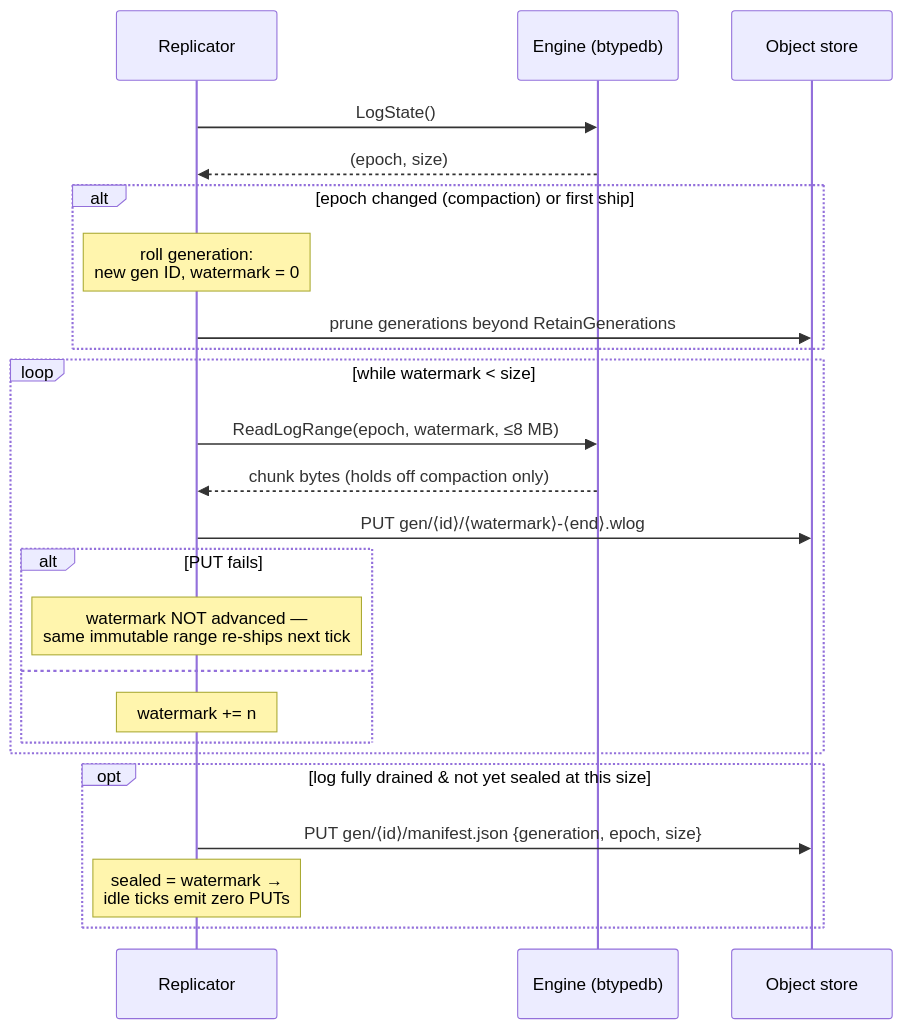
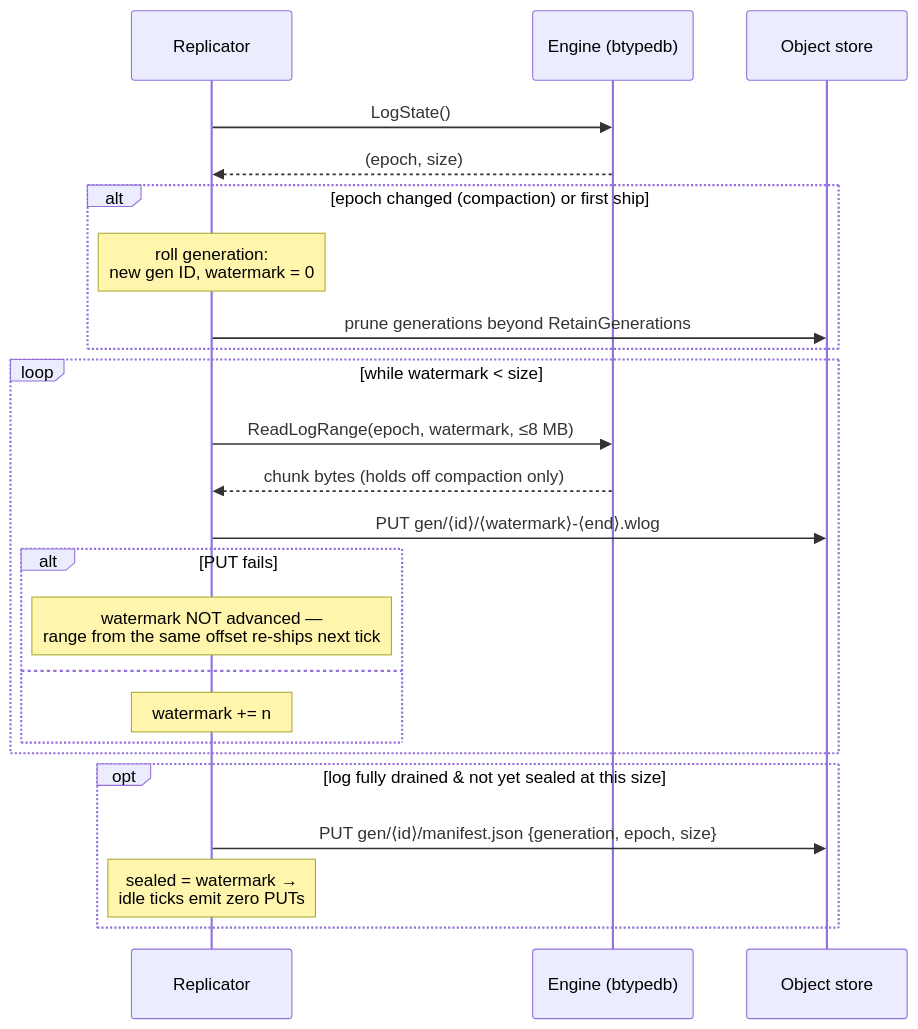
One commit to rohanthewiz/bytdb changed the second of 4 diagrams in docs/replication.md. Above: the diagram before and after it, drawn with Mermaid. The commit also changed other lines of this file and 2 other files, not shown here.

````diff
--- a/docs/replication.md
+++ b/docs/replication.md
@@ -109,26 +109,26 @@
 ```mermaid
 sequenceDiagram
     participant R as Replicator
     participant E as Engine (btypedb)
     participant S as Object store
     R->>E: LogState()
     E-->>R: (epoch, size)
     alt epoch changed (compaction) or first ship
         Note over R: roll generation:<br/>new gen ID, watermark = 0
         R->>S: prune generations beyond RetainGenerations
     end
     loop while watermark < size
         R->>E: ReadLogRange(epoch, watermark, ≤8 MB)
         E-->>R: chunk bytes (holds off compaction only)
         R->>S: PUT gen/⟨id⟩/⟨watermark⟩-⟨end⟩.wlog
         alt PUT fails
-            Note over R: watermark NOT advanced —<br/>same immutable range re-ships next tick
+            Note over R: watermark NOT advanced —<br/>range from the same offset re-ships next tick
         else
             Note over R: watermark += n
         end
     end
     opt log fully drained & not yet sealed at this size
         R->>S: PUT gen/⟨id⟩/manifest.json {generation, epoch, size}
         Note over R: sealed = watermark →<br/>idle ticks emit zero PUTs
     end
 ```
````
